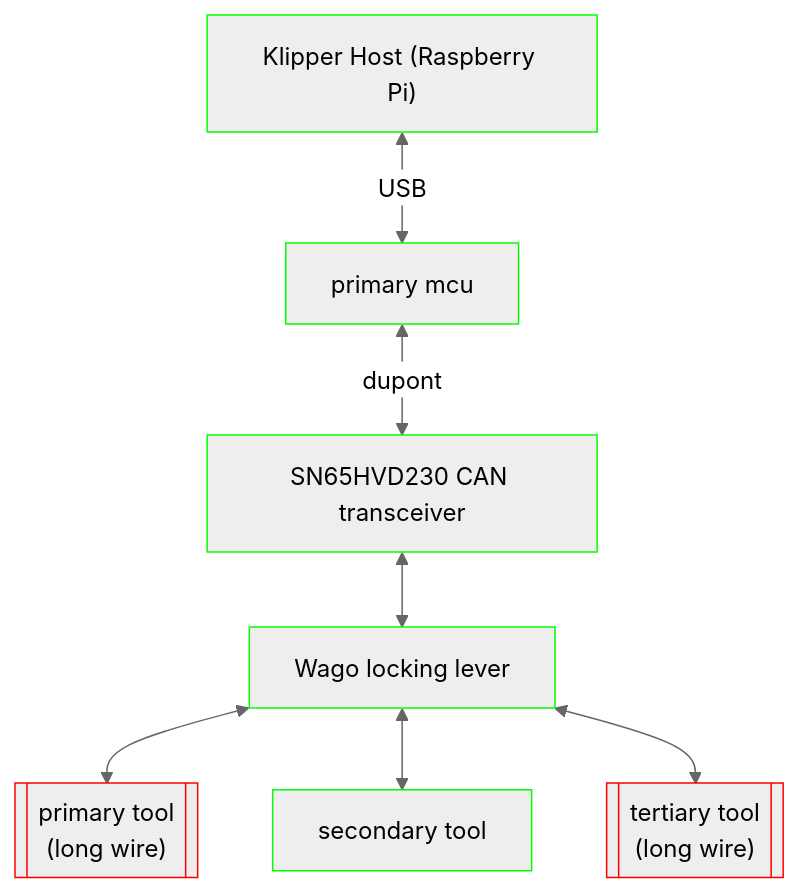
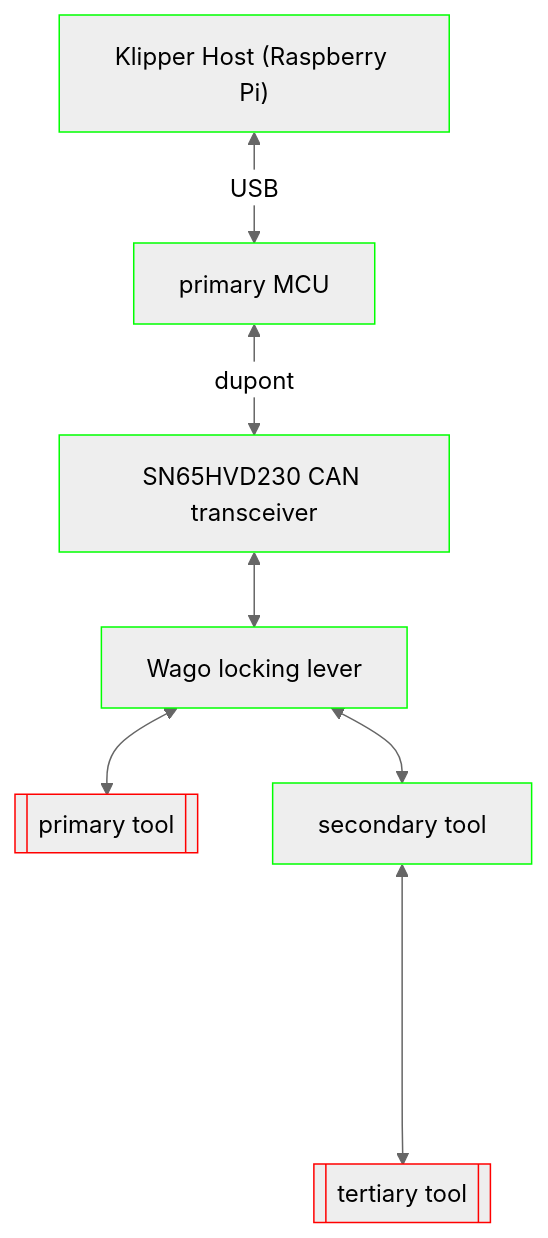
Before and after one commit to willpuckett/kb_can: the fifth of 8 diagrams in can.md, drawn with Mermaid (neutral theme). The commit also changed other lines of this file, not shown here.

Commit message:
include termination in diagrams

````diff
--- a/can.md
+++ b/can.md
@@ -239,19 +246,20 @@
 ```mermaid
 graph TD;
     classDef term stroke:#f00
     classDef can stroke:#0f0
     classDef nc stroke:#00f
 
-    sbc["Klipper Host (Raspberry Pi)"]:::can
+    SBC["Klipper Host (Raspberry Pi)"]:::can
     transceiver[SN65HVD230 CAN transceiver]:::can
     wago[Wago locking lever]:::can
-    t0[["`primary tool
-    (long wire)`"]]:::term
+    t0[[primary tool]]:::term
     t1[secondary tool]:::can
-    t2[["`tertiary tool
-    (long wire)`"]]:::term
-    primary[primary mcu]:::can
+    t2[[tertiary tool]]:::term
+    primary[primary MCU]:::can
 
-    sbc <--USB--> primary <--dupont--> transceiver
-    transceiver <--> wago <--> t0 & t1 & t2
+    SBC <--USB--> primary <--dupont--> transceiver
+    transceiver <--> wago 
+    wago <--> t0
+    wago <--> t1 <-----> t2
+
 ```
````
